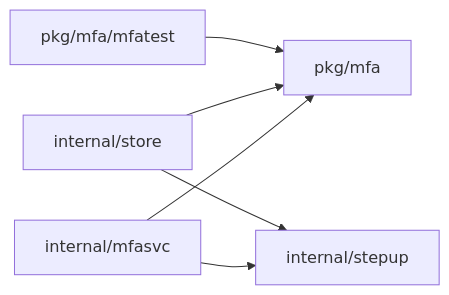
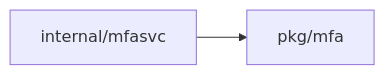
The second of 4 diagrams in openspec/changes/mfa/design.md (OpenDustpan/OpenDustpan), drawn with Mermaid before and after one commit. The commit also changed other lines of this file and 7 other files, not shown here.

First line of the commit message:
Split change mfa: new change mfa-store holds the stores and backup rules

````diff
--- a/openspec/changes/mfa/design.md
+++ b/openspec/changes/mfa/design.md
@@ -62,13 +61,6 @@
 ```mermaid
 flowchart LR
 P1[pkg/mfa]
 P2[internal/mfasvc]
-P3[pkg/mfa/mfatest]
-P4[internal/stepup]
-P5[internal/store]
 P2 --> P1
-P2 --> P4
-P5 --> P1
-P5 --> P4
-P3 --> P1
 ```
````
